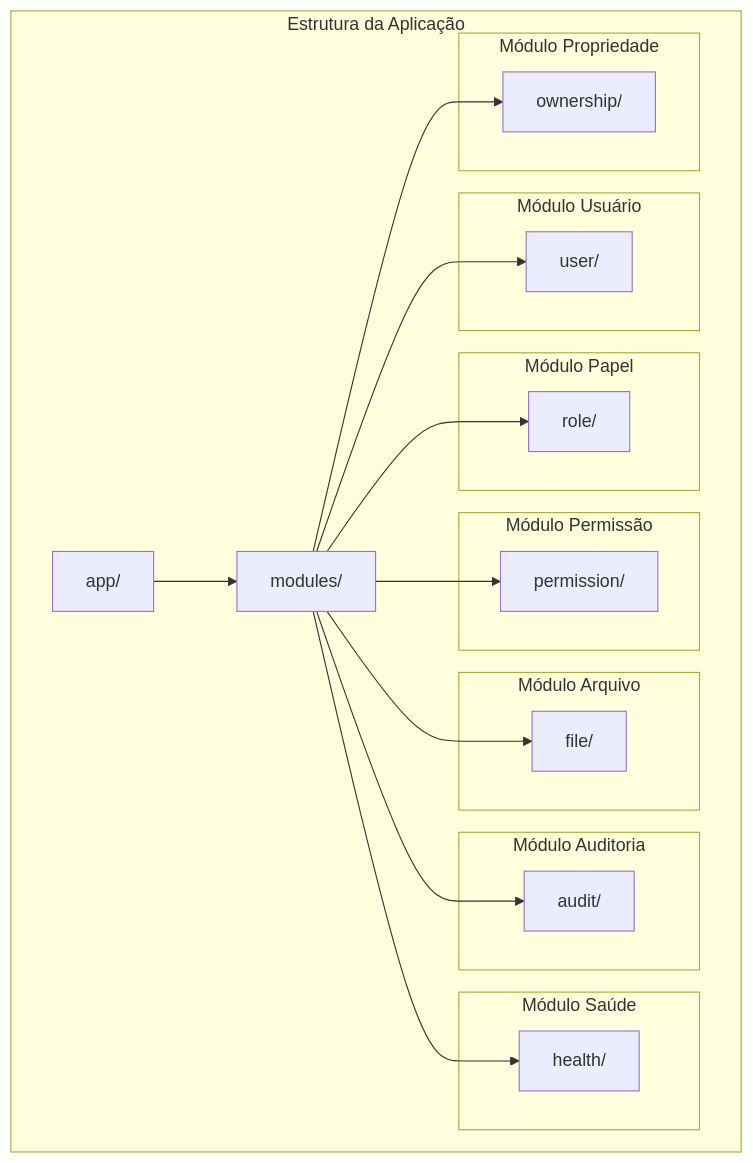
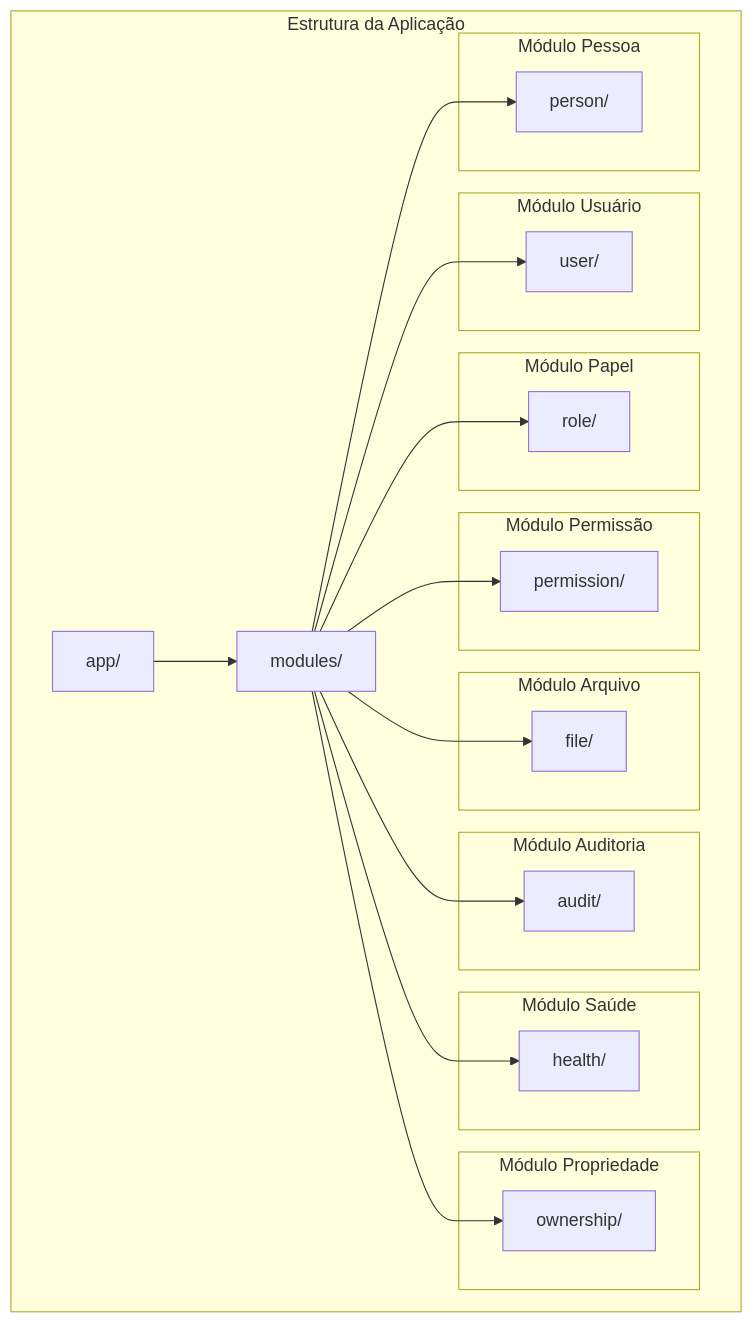
One commit to gabrielmaialva33/genscan-api changed the third of 7 diagrams in README-pt.md. Above: the diagram before and after it, drawn with Mermaid. The commit also changed other lines of this file and 1 other file, not shown here.

````diff
--- a/README-pt.md
+++ b/README-pt.md
@@ -145,38 +147,42 @@
 ```mermaid
 graph TD
     subgraph "Estrutura da Aplicação"
         APP[app/]
         MODULES[modules/]
 
         subgraph "Módulo Usuário"
             USER_M[user/]
         end
         subgraph "Módulo Papel"
             ROLE_M[role/]
         end
         subgraph "Módulo Permissão"
             PERM_M[permission/]
         end
         subgraph "Módulo Arquivo"
             FILE_M[file/]
         end
         subgraph "Módulo Auditoria"
             AUDIT_M[audit/]
         end
         subgraph "Módulo Saúde"
             HEALTH_M[health/]
         end
         subgraph "Módulo Propriedade"
             OWNER_M[ownership/]
         end
+        subgraph "Módulo Pessoa"
+            PERSON_M[person/]
+        end
     end
 
     APP --> MODULES
     MODULES --> USER_M
     MODULES --> ROLE_M
     MODULES --> PERM_M
     MODULES --> FILE_M
     MODULES --> AUDIT_M
     MODULES --> HEALTH_M
     MODULES --> OWNER_M
+    MODULES --> PERSON_M
 ```
````
